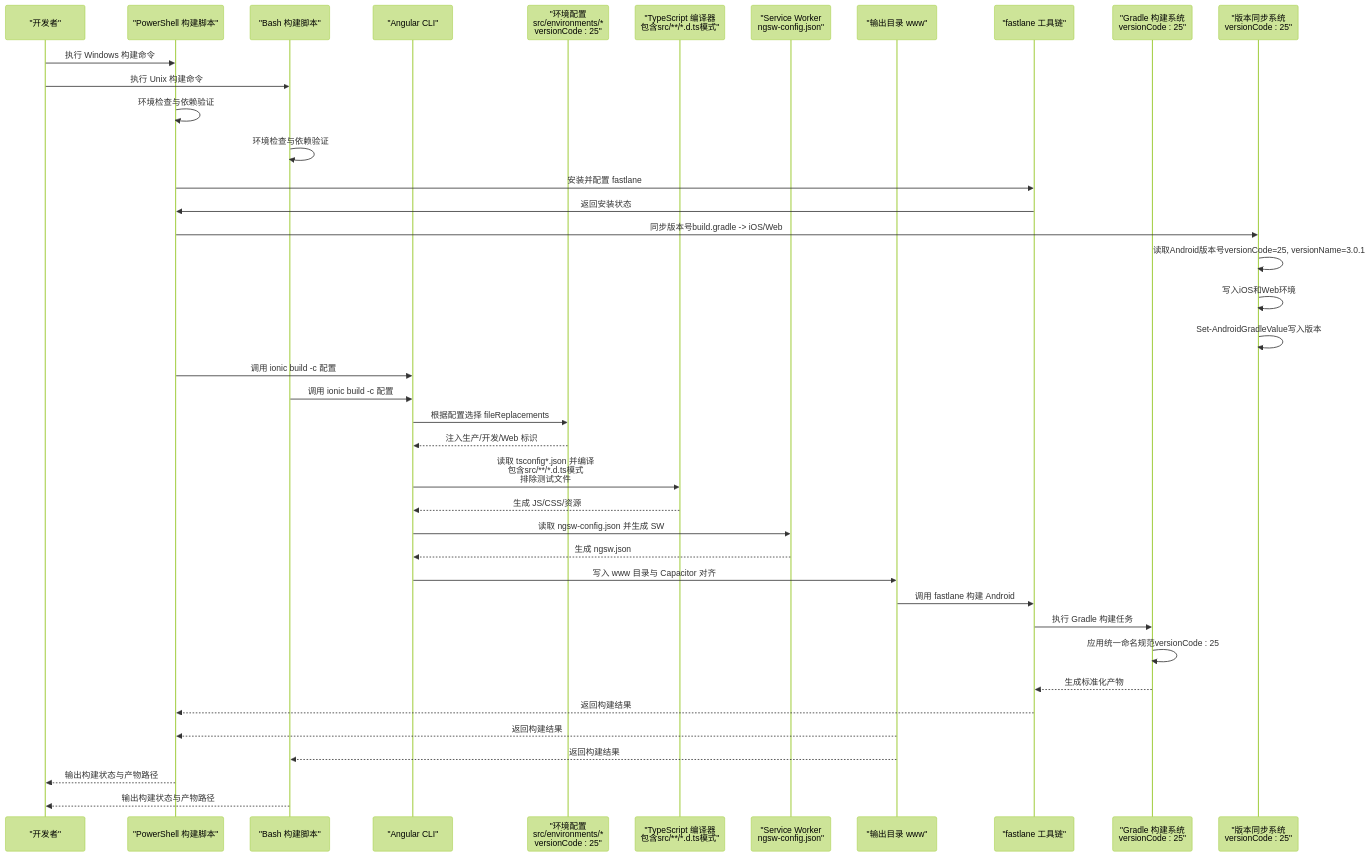
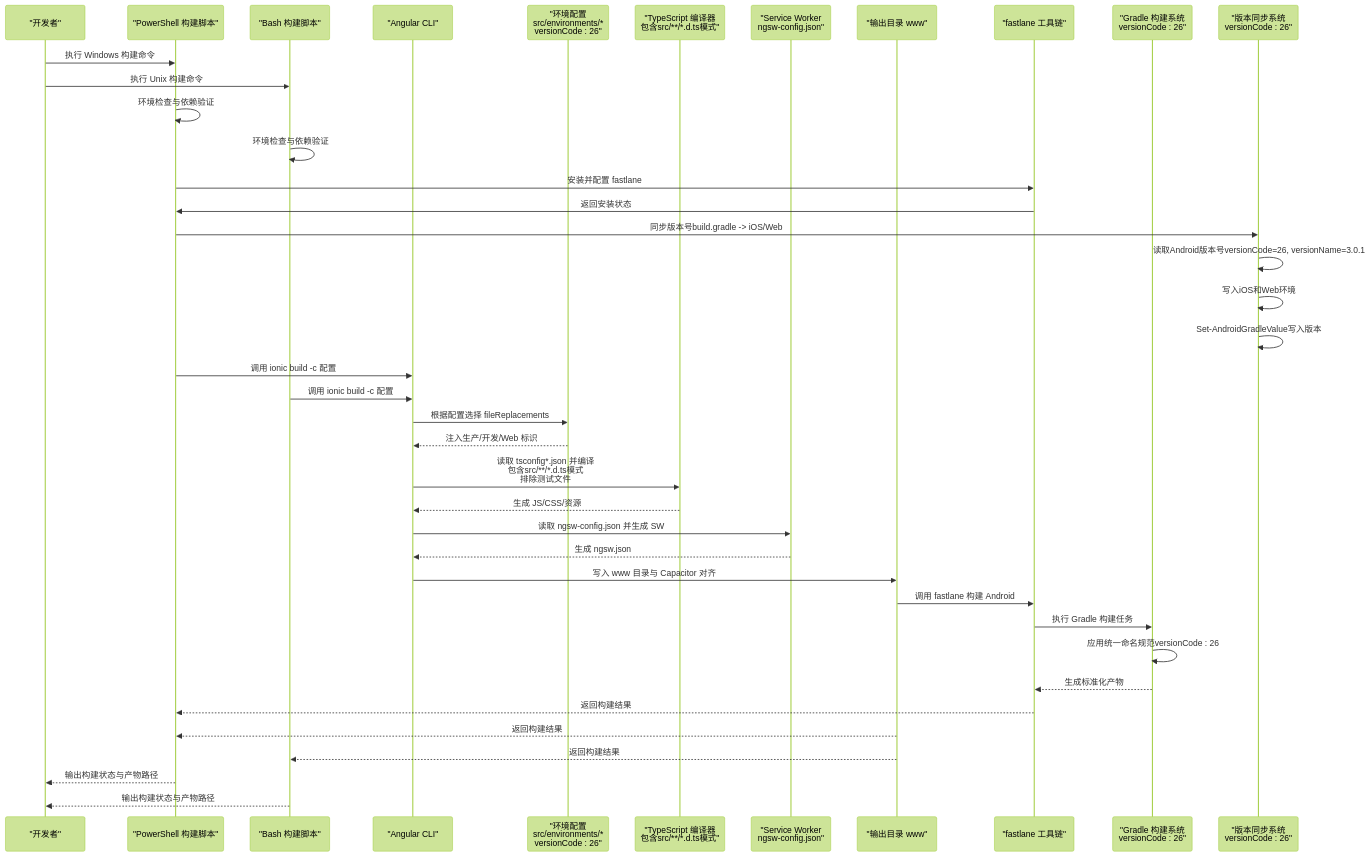
The second of 6 diagrams in .qoder/repowiki/zh/content/构建与部署/构建配置.md (tea4go/Macro-Deck-Client-App), drawn with Mermaid (forest theme) before and after one commit. The commit also changed other lines of this file and 50 other files, not shown here.

````diff
--- a/.qoder/repowiki/zh/content/构建与部署/构建配置.md
+++ b/.qoder/repowiki/zh/content/构建与部署/构建配置.md
@@ -194,42 +194,42 @@
 ```mermaid
 sequenceDiagram
 participant Dev as "开发者"
 participant WinPS as "PowerShell 构建脚本"
 participant UnixSh as "Bash 构建脚本"
 participant CLI as "Angular CLI"
-participant Env as "环境配置<br/>src/environments/*<br/>versionCode : 25"
+participant Env as "环境配置<br/>src/environments/*<br/>versionCode : 26"
 participant TS as "TypeScript 编译器<br/>包含src/**/*.d.ts模式"
 participant SW as "Service Worker<br/>ngsw-config.json"
 participant Out as "输出目录 www"
 participant Fastlane as "fastlane 工具链"
-participant Gradle as "Gradle 构建系统<br/>versionCode : 25"
-participant VersionSync as "版本同步系统<br/>versionCode : 25"
+participant Gradle as "Gradle 构建系统<br/>versionCode : 26"
+participant VersionSync as "版本同步系统<br/>versionCode : 26"
 Dev->>WinPS : 执行 Windows 构建命令
 Dev->>UnixSh : 执行 Unix 构建命令
 WinPS->>WinPS : 环境检查与依赖验证
 UnixSh->>UnixSh : 环境检查与依赖验证
 WinPS->>Fastlane : 安装并配置 fastlane
 Fastlane->>WinPS : 返回安装状态
 WinPS->>VersionSync : 同步版本号build.gradle -> iOS/Web
-VersionSync->>VersionSync : 读取Android版本号versionCode=25, versionName=3.0.1
+VersionSync->>VersionSync : 读取Android版本号versionCode=26, versionName=3.0.1
 VersionSync->>VersionSync : 写入iOS和Web环境
 VersionSync->>VersionSync : Set-AndroidGradleValue写入版本
 WinPS->>CLI : 调用 ionic build -c 配置
 UnixSh->>CLI : 调用 ionic build -c 配置
 CLI->>Env : 根据配置选择 fileReplacements
 Env-->>CLI : 注入生产/开发/Web 标识
 CLI->>TS : 读取 tsconfig*.json 并编译<br/>包含src/**/*.d.ts模式<br/>排除测试文件
 TS-->>CLI : 生成 JS/CSS/资源
 CLI->>SW : 读取 ngsw-config.json 并生成 SW
 SW-->>CLI : 生成 ngsw.json
 CLI->>Out : 写入 www 目录与 Capacitor 对齐
 Out->>Fastlane : 调用 fastlane 构建 Android
 Fastlane->>Gradle : 执行 Gradle 构建任务
-Gradle->>Gradle : 应用统一命名规范versionCode : 25
+Gradle->>Gradle : 应用统一命名规范versionCode : 26
 Gradle-->>Fastlane : 生成标准化产物
 Fastlane-->>WinPS : 返回构建结果
 Out-->>WinPS : 返回构建结果
 Out-->>UnixSh : 返回构建结果
 WinPS-->>Dev : 输出构建状态与产物路径
 UnixSh-->>Dev : 输出构建状态与产物路径
 ```
````
